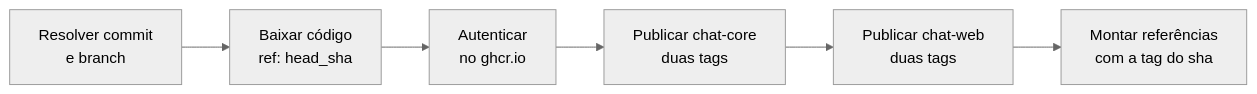
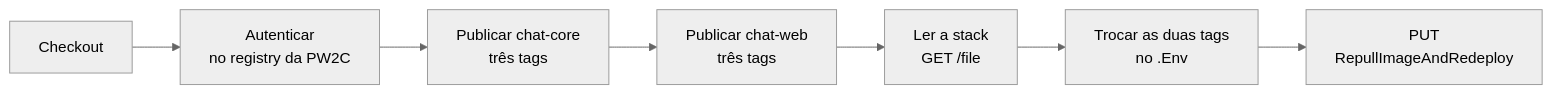
One commit to healthdevio/projeto-itia-dois changed the second of 3 diagrams in docs/ci_cd/visao-geral.md. Above: the diagram before and after it, drawn with Mermaid (neutral theme). The commit also changed other lines of this file and 10 other files, not shown here.

````diff
--- a/docs/ci_cd/visao-geral.md
+++ b/docs/ci_cd/visao-geral.md
@@ -57,8 +57,9 @@
 ```mermaid
 flowchart LR
-    A[Resolver commit<br/>e branch] --> B[Baixar código<br/>ref: head_sha]
-    B --> C[Autenticar<br/>no ghcr.io]
-    C --> D[Publicar chat-core<br/>duas tags]
-    D --> E[Publicar chat-web<br/>duas tags]
-    E --> F[Montar referências<br/>com a tag do sha]
+    A[Checkout] --> B[Autenticar<br/>no registry da PW2C]
+    B --> C[Publicar chat-core<br/>três tags]
+    C --> D[Publicar chat-web<br/>três tags]
+    D --> E[Ler a stack<br/>GET /file]
+    E --> F[Trocar as duas tags<br/>no .Env]
+    F --> G[PUT<br/>RepullImageAndRedeploy]
 ```
````
